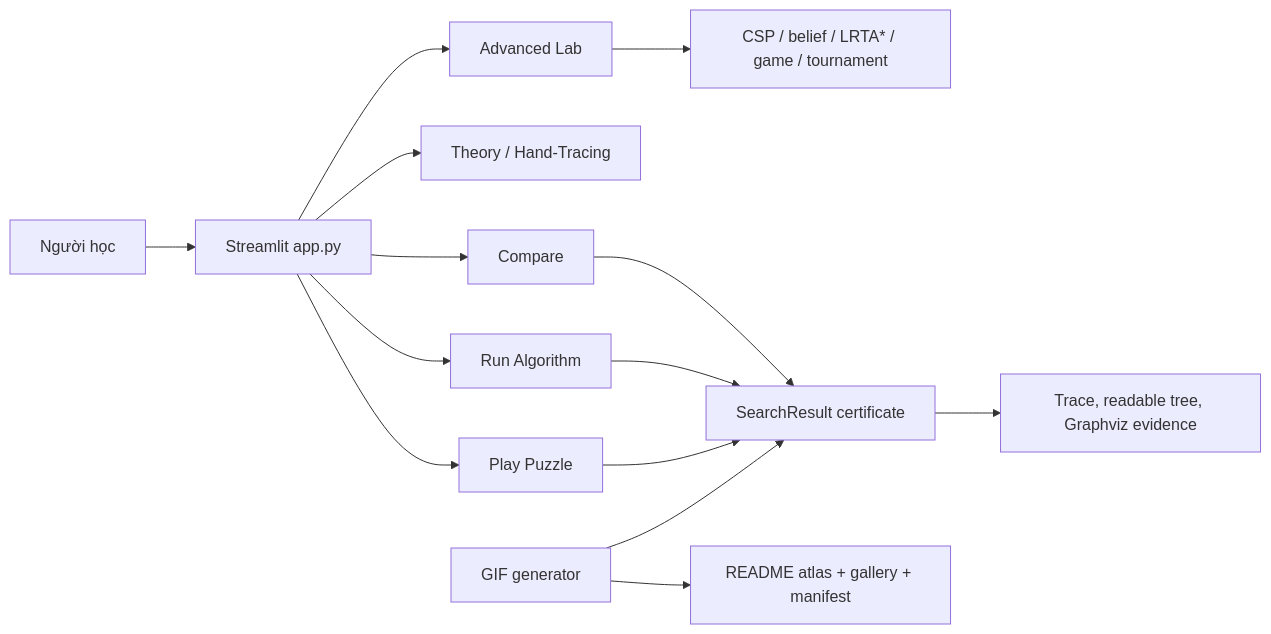
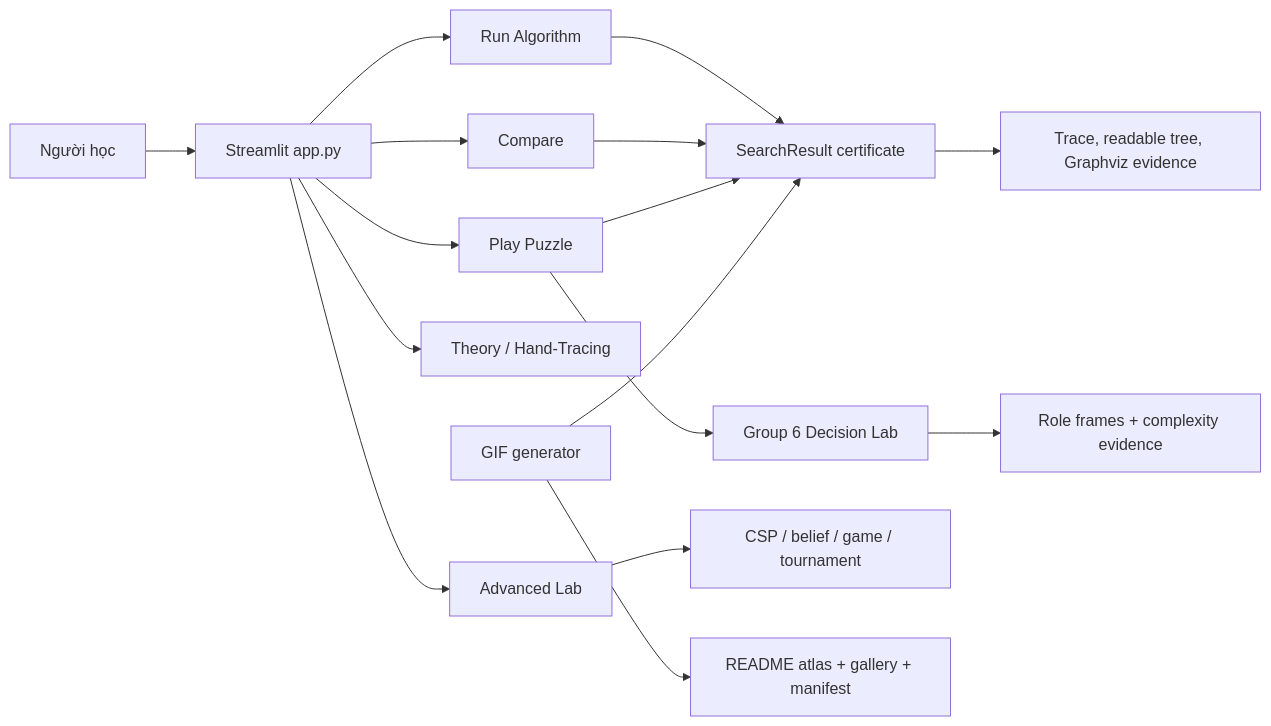
Before and after one commit to JasonTM17/AI_Algothrithm_Study_University: the diagram in docs/system-architecture.md, drawn with Mermaid. The commit also changed other lines of this file and 103 other files, not shown here.

````diff
--- a/docs/system-architecture.md
+++ b/docs/system-architecture.md
@@ -3,16 +3,18 @@
 ```mermaid
 flowchart LR
     U["Người học"] --> S["Streamlit app.py"]
     S --> P["Play Puzzle"]
     S --> R["Run Algorithm"]
     S --> C["Compare"]
     S --> T["Theory / Hand-Tracing"]
     S --> A["Advanced Lab"]
     R --> M["SearchResult certificate"]
     C --> M
     P --> M
+    P --> G6["Group 6 Decision Lab"]
+    G6 --> E["Role frames + complexity evidence"]
     M --> V["Trace, readable tree, Graphviz evidence"]
-    A --> X["CSP / belief / LRTA* / game / tournament"]
+    A --> X["CSP / belief / game / tournament"]
     G["GIF generator"] --> D["README atlas + gallery + manifest"]
     G --> M
 ```
````
